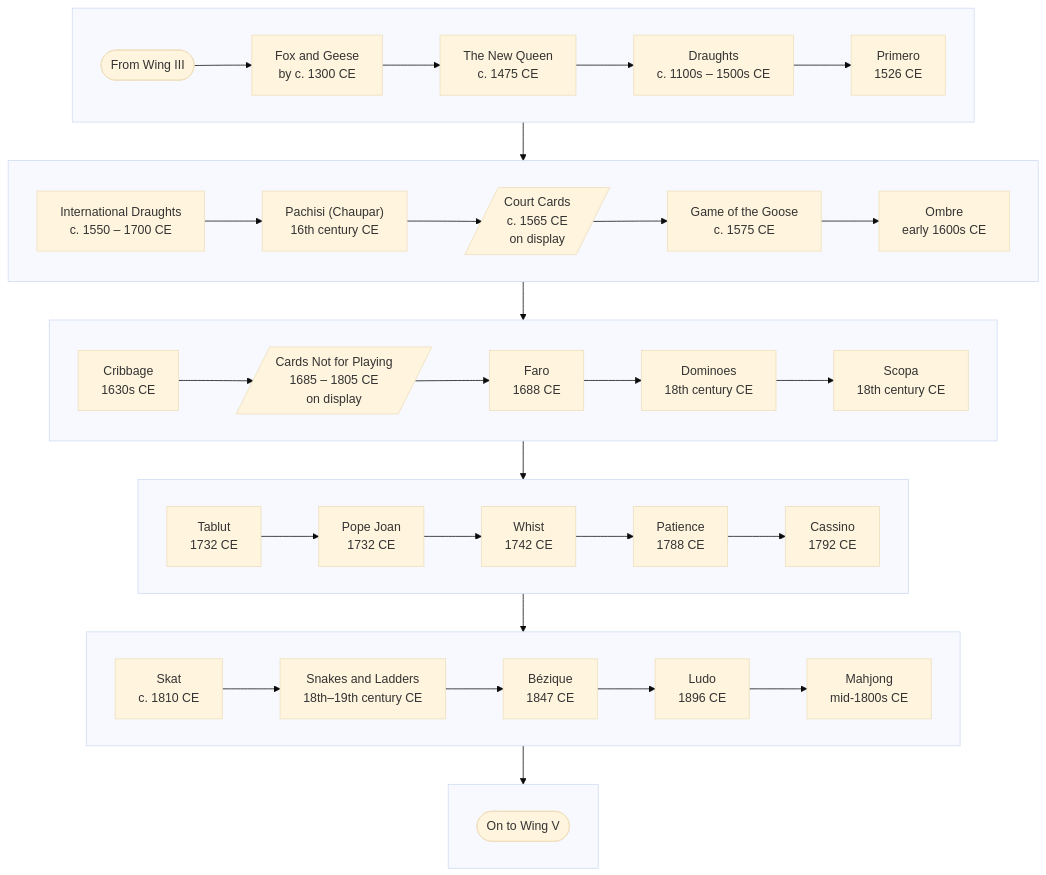
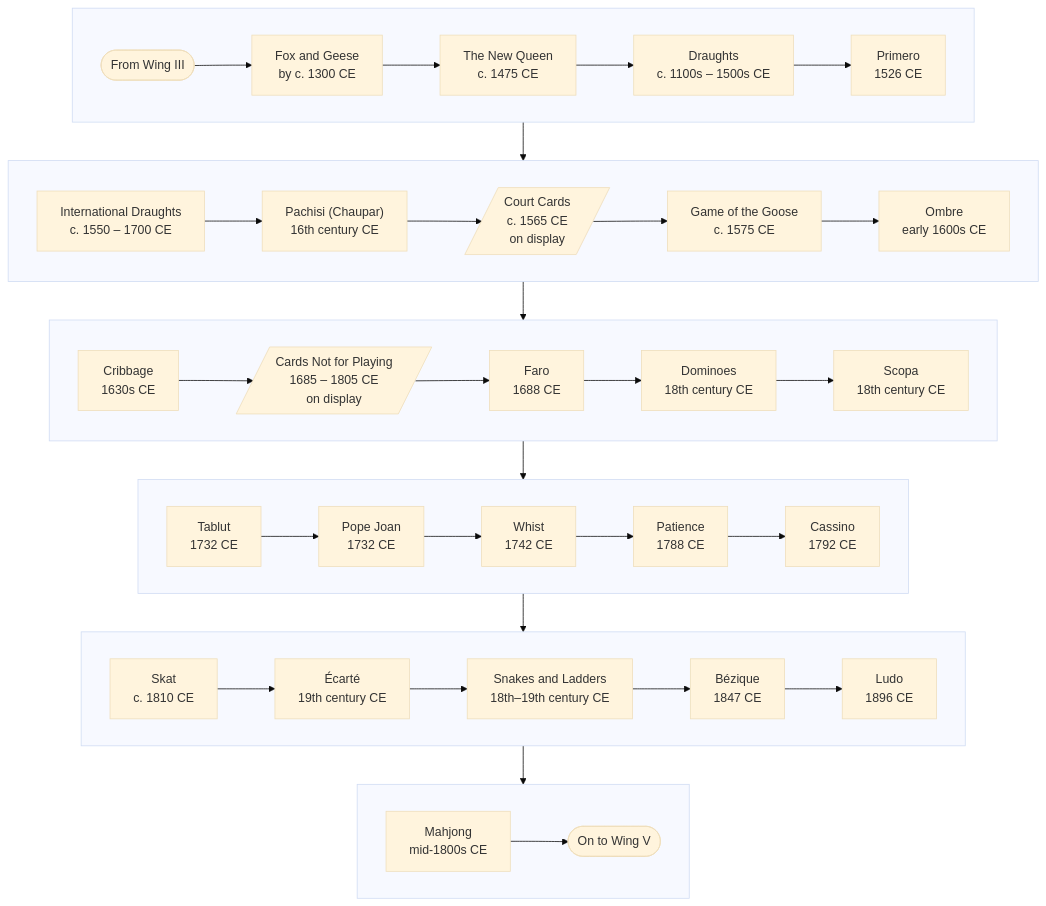
Before and after one commit to CptNope/Librarium-Archives: the seventh of 9 diagrams in docs/games/README.md, drawn with Mermaid (base theme). The commit also changed other lines of this file and 43 other files, not shown here.

````diff
--- a/docs/games/README.md
+++ b/docs/games/README.md
@@ -330,32 +334,32 @@
 ```mermaid
 flowchart TB
     subgraph r0[" "]
         direction LR
         in(["From Wing III"]) --> foxgeese["Fox and Geese<br/>by c. 1300 CE"] --> newqueen["The New Queen<br/>c. 1475 CE"] --> draughts["Draughts<br/>c. 1100s – 1500s CE"] --> primero["Primero<br/>1526 CE"]
     end
     subgraph r1[" "]
         direction LR
         idraughts["International Draughts<br/>c. 1550 – 1700 CE"] --> pachisi["Pachisi (Chaupar)<br/>16th century CE"] --> courtcards[/"Court Cards<br/>c. 1565 CE<br/>on display"/] --> goose["Game of the Goose<br/>c. 1575 CE"] --> ombre["Ombre<br/>early 1600s CE"]
     end
     subgraph r2[" "]
         direction LR
         cribbage["Cribbage<br/>1630s CE"] --> notforplay[/"Cards Not for Playing<br/>1685 – 1805 CE<br/>on display"/] --> faro["Faro<br/>1688 CE"] --> dominoes["Dominoes<br/>18th century CE"] --> scopa["Scopa<br/>18th century CE"]
     end
     subgraph r3[" "]
         direction LR
         tablut["Tablut<br/>1732 CE"] --> popejoan["Pope Joan<br/>1732 CE"] --> whist["Whist<br/>1742 CE"] --> patience["Patience<br/>1788 CE"] --> cassino["Cassino<br/>1792 CE"]
     end
     subgraph r4[" "]
         direction LR
-        skat["Skat<br/>c. 1810 CE"] --> snakes["Snakes and Ladders<br/>18th–19th century CE"] --> bezique["Bézique<br/>1847 CE"] --> ludo["Ludo<br/>1896 CE"] --> mahjong["Mahjong<br/>mid-1800s CE"]
+        skat["Skat<br/>c. 1810 CE"] --> ecarte["Écarté<br/>19th century CE"] --> snakes["Snakes and Ladders<br/>18th–19th century CE"] --> bezique["Bézique<br/>1847 CE"] --> ludo["Ludo<br/>1896 CE"]
     end
     subgraph r5[" "]
         direction LR
-        out(["On to Wing V"])
+        mahjong["Mahjong<br/>mid-1800s CE"] --> out(["On to Wing V"])
     end
     r0 --> r1
     r1 --> r2
     r2 --> r3
     r3 --> r4
     r4 --> r5
 ```
````
